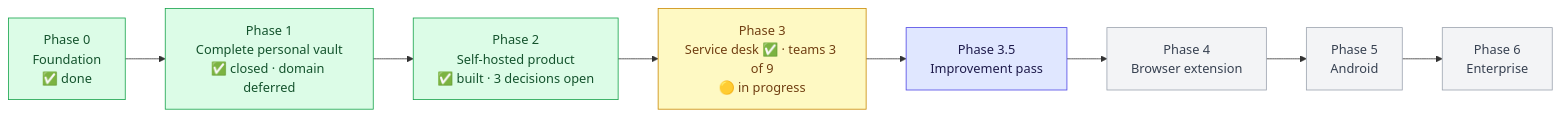
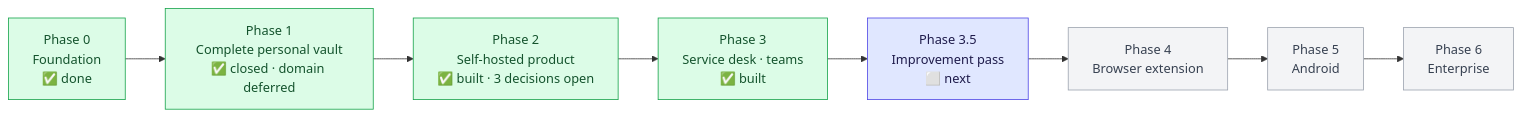
The diagram in docs/ROADMAP.md (SHIVAM-SHARMA-766/vault), drawn with Mermaid before and after one commit. The commit also changed other lines of this file and 8 other files, not shown here.

Commit message:
Record teams complete: decision 0016, threat A14, roadmap, known issues, guide, architecture

````diff
--- a/docs/ROADMAP.md
+++ b/docs/ROADMAP.md
@@ -18,14 +18,14 @@
 ```mermaid
 flowchart LR
   p0["Phase 0<br/>Foundation<br/>✅ done"]:::done --> p1["Phase 1<br/>Complete personal vault<br/>✅ closed · domain deferred"]:::done
   p1 --> p2["Phase 2<br/>Self-hosted product<br/>✅ built · 3 decisions open"]:::done
-  p2 --> p3["Phase 3<br/>Service desk ✅ · teams 3 of 9<br/>🟡 in progress"]:::now
-  p3 --> p35["Phase 3.5<br/>Improvement pass"]:::next
+  p2 --> p3["Phase 3<br/>Service desk · teams<br/>✅ built"]:::done
+  p3 --> p35["Phase 3.5<br/>Improvement pass<br/>⬜ next"]:::next
   p35 --> p4["Phase 4<br/>Browser extension"]:::later
   p4 --> p5["Phase 5<br/>Android"]:::later
   p5 --> p6["Phase 6<br/>Enterprise"]:::later
   classDef done fill:#dcfce7,stroke:#16a34a,color:#14532d
   classDef now fill:#fef9c3,stroke:#ca8a04,color:#713f12
   classDef next fill:#e0e7ff,stroke:#4f46e5,color:#1e1b4b
   classDef later fill:#f3f4f6,stroke:#9ca3af,color:#374151
 ```
````
